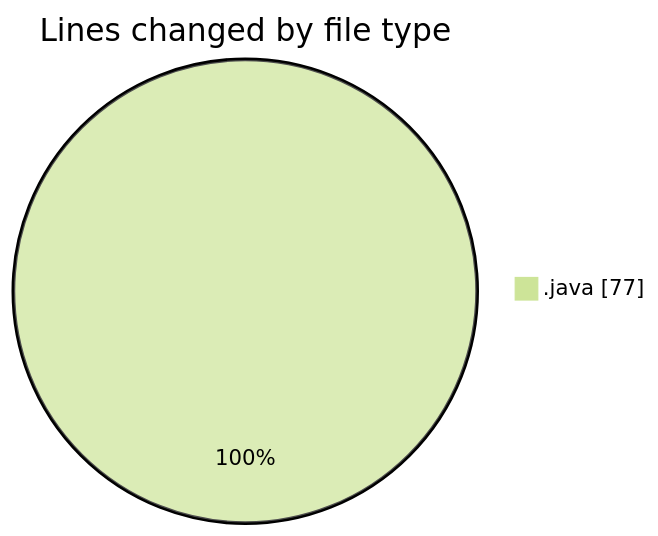
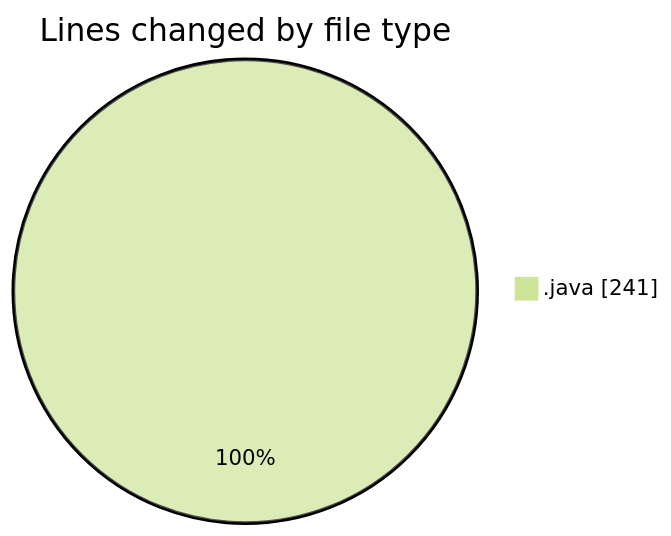
One commit to hasnaa123/code-tracking changed the first of 2 diagrams in 2026-11-26/taskforge/README.md. Above: the diagram before and after it, drawn with Mermaid (forest theme). The commit also changed other lines of this file and 1 other file, not shown here.

````diff
--- a/2026-11-26/taskforge/README.md
+++ b/2026-11-26/taskforge/README.md
@@ -20,5 +21,5 @@
 ```mermaid
 pie showData
 title Lines changed by file type
-".java" : 77
+".java" : 241
 ```
````
